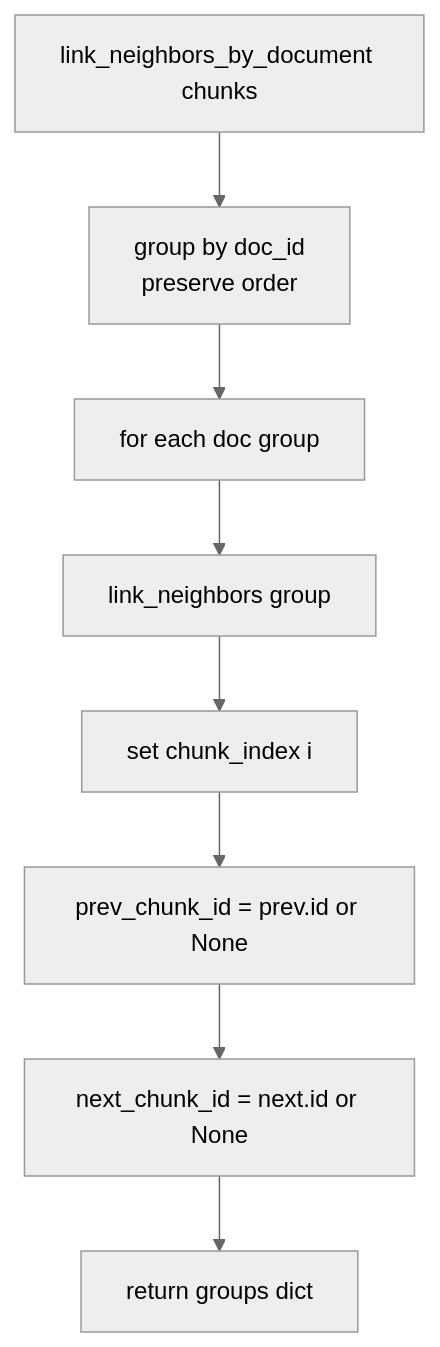
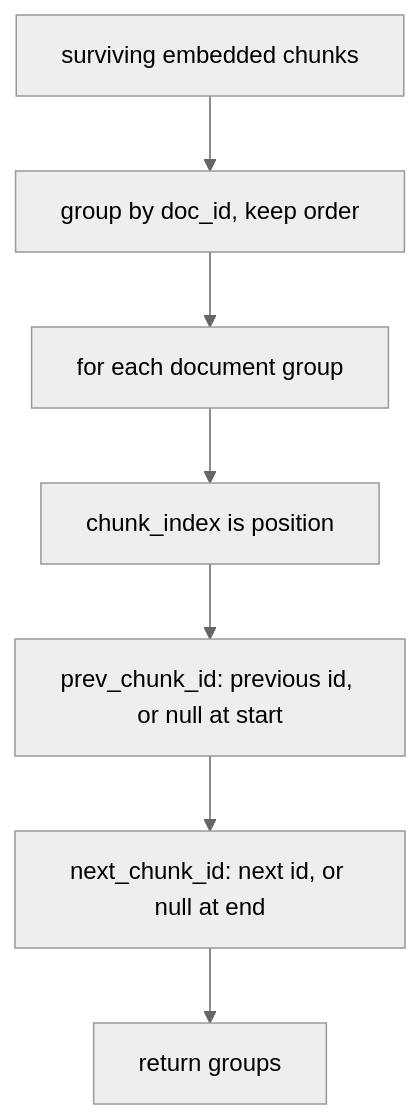
Before and after one commit to wilke/ragstack: diagram 16 of 45 in docs/ARCHITECTURE-DEEP-DIVE.md, drawn with Mermaid (neutral theme). The commit also changed other lines of this file and 2 other files, not shown here.

First line of the commit message:
docs: rewrite the architecture deep-dive against main 22b44be (#631)

````diff
--- a/docs/ARCHITECTURE-DEEP-DIVE.md
+++ b/docs/ARCHITECTURE-DEEP-DIVE.md
@@ -435,10 +834,9 @@
 ```mermaid
 flowchart TD
-  A[link_neighbors_by_document chunks] --> B[group by doc_id<br/>preserve order]
-  B --> C[for each doc group]
-  C --> D[link_neighbors group]
-  D --> E[set chunk_index i]
-  E --> F[prev_chunk_id = prev.id or None]
-  F --> G[next_chunk_id = next.id or None]
-  G --> H[return groups dict]
+    A["surviving embedded chunks"] --> B["group by doc_id, keep order"]
+    B --> C["for each document group"]
+    C --> D["chunk_index is position"]
+    D --> E["prev_chunk_id: previous id, or null at start"]
+    E --> F["next_chunk_id: next id, or null at end"]
+    F --> G["return groups"]
 ```
````
